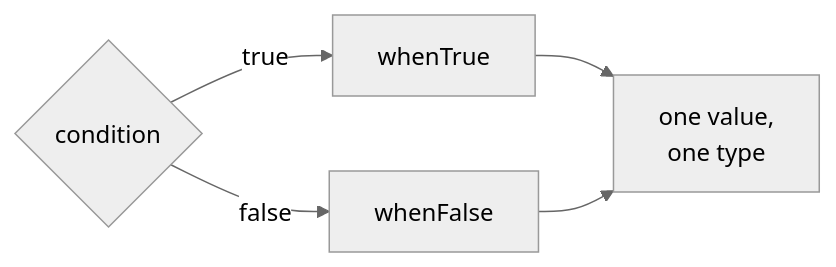
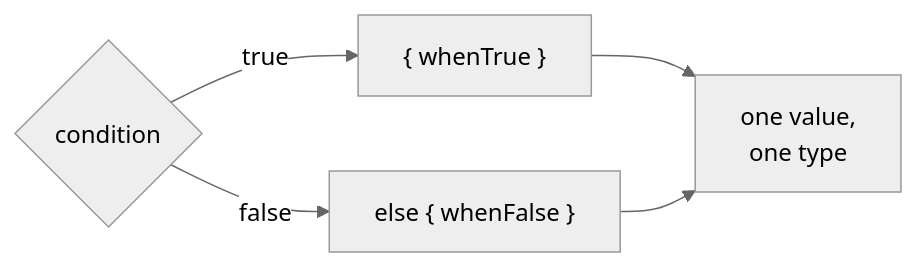
Before and after one commit to rux-lang/Web: the diagram in content/docs/1.learn/03.control-flow/03.ternary.md, drawn with Mermaid (neutral theme). The commit also changed other lines of this file and 736 other files, not shown here.

````diff
--- a/content/docs/1.learn/03.control-flow/03.ternary.md
+++ b/content/docs/1.learn/03.control-flow/03.ternary.md
@@ -74,7 +85,7 @@
 ```mermaid
 flowchart LR
-    c{"`condition`"} -- "`true`" --> t["`whenTrue`"]
-    c -- "`false`" --> f["`whenFalse`"]
+    c{"`condition`"} -- "`true`" --> t["`{ whenTrue }`"]
+    c -- "`false`" --> f["`else { whenFalse }`"]
     t --> v["one value,<br/>one type"]
     f --> v
 ```
````
